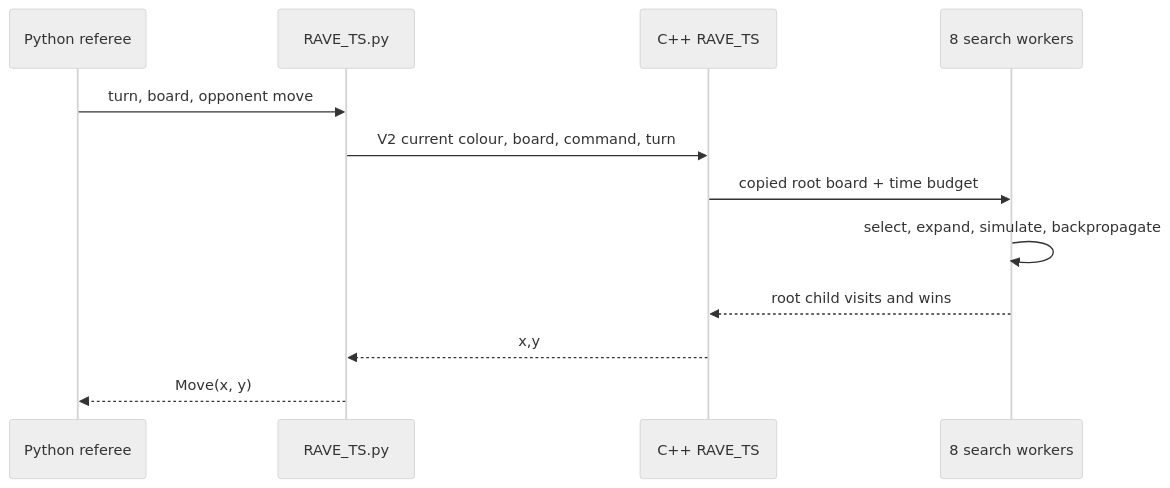
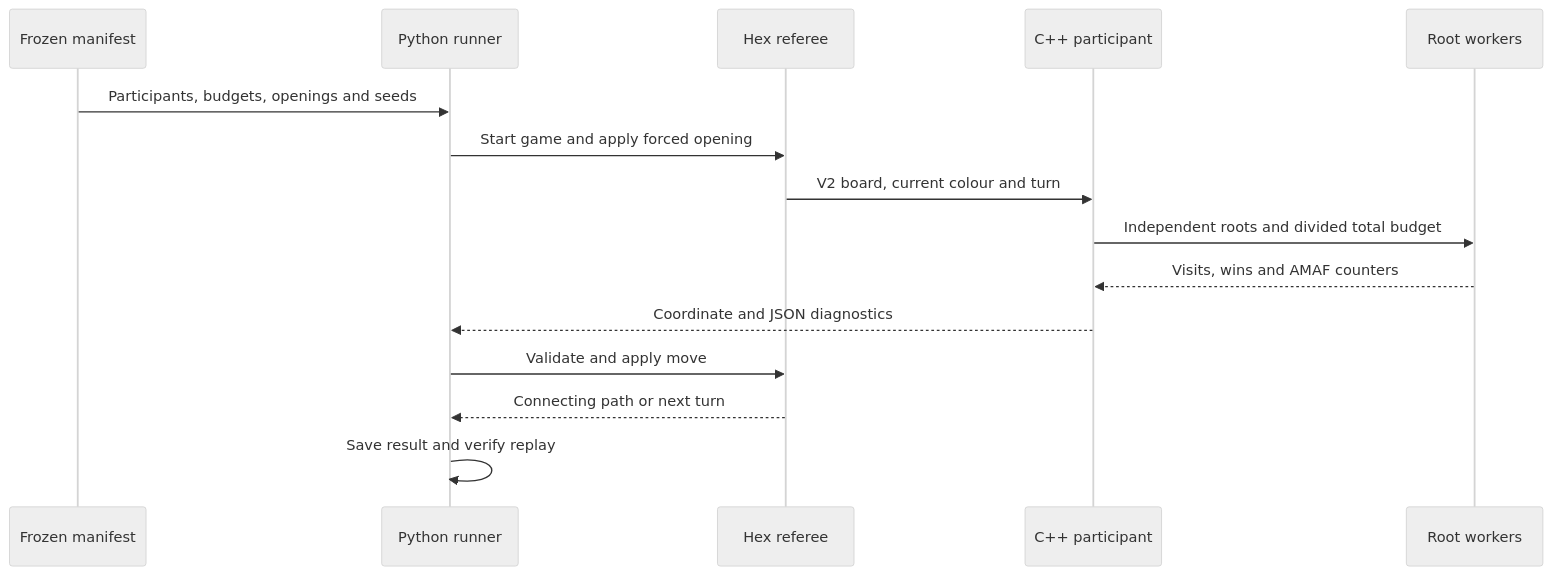
The diagram in docs/architecture.md (Dongmyung378/AI-and-Games), drawn with Mermaid (neutral theme) before and after one commit. The commit also changed other lines of this file and 1191 other files, not shown here.

Commit message:
Strengthen Hex search with frozen CPU evaluations and reproducible release

````diff
--- a/docs/architecture.md
+++ b/docs/architecture.md
@@ -11,15 +18,17 @@
 ```mermaid
 sequenceDiagram
-    participant Referee as Python referee
-    participant Adapter as RAVE_TS.py
-    participant Agent as C++ RAVE_TS
-    participant Workers as 8 search workers
-
-    Referee->>Adapter: turn, board, opponent move
-    Adapter->>Agent: V2 current colour, board, command, turn
-    Agent->>Workers: copied root board + time budget
-    Workers->>Workers: select, expand, simulate, backpropagate
-    Workers-->>Agent: root child visits and wins
-    Agent-->>Adapter: x,y
-    Adapter-->>Referee: Move(x, y)
+    participant Manifest as Frozen manifest
+    participant Runner as Python runner
+    participant Referee as Hex referee
+    participant Native as C++ participant
+    participant Workers as Root workers
+    Manifest->>Runner: Participants, budgets, openings and seeds
+    Runner->>Referee: Start game and apply forced opening
+    Referee->>Native: V2 board, current colour and turn
+    Native->>Workers: Independent roots and divided total budget
+    Workers-->>Native: Visits, wins and AMAF counters
+    Native-->>Runner: Coordinate and JSON diagnostics
+    Runner->>Referee: Validate and apply move
+    Referee-->>Runner: Connecting path or next turn
+    Runner->>Runner: Save result and verify replay
 ```
````
